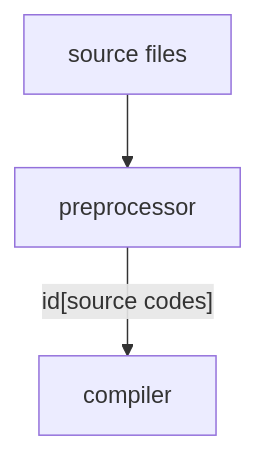
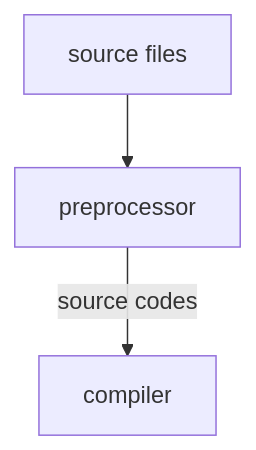
The diagram in 编译原理学习笔记.md (DCMMC/Notes), drawn with Mermaid before and after one commit.

Commit message:
修改文件: 编译原理学习笔记.md

````diff
--- a/编译原理学习笔记.md
+++ b/编译原理学习笔记.md
@@ -41,6 +41,6 @@
 ```mermaid!
 graph TD;
 	id[source files] --> preprocessor;
-	preprocessor-- id[source codes] -->compiler;
+	preprocessor-- source codes -->compiler;
 	
 ```
````
